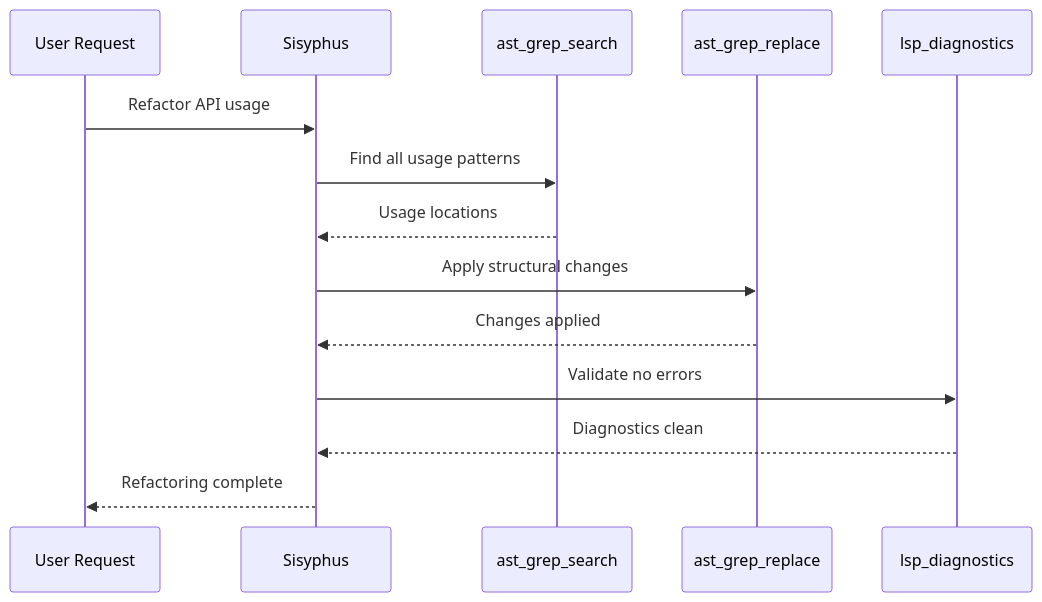
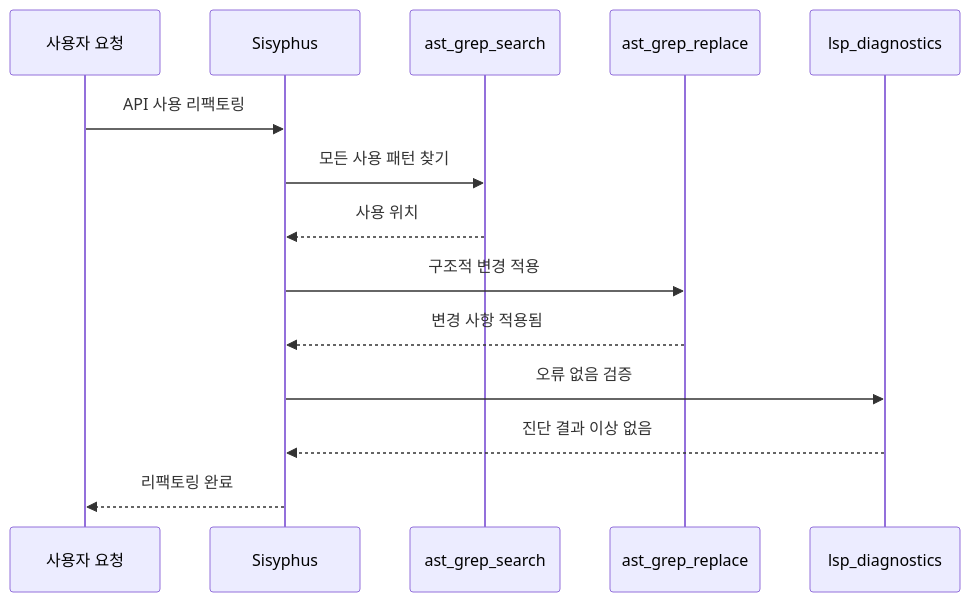
The sixth of 6 diagrams in docs/tools/ast-grep-tools.md (felipetruman/oh-my-opencode-docs), drawn with Mermaid before and after one commit. The commit also changed other lines of this file and 76 other files, not shown here.

````diff
--- a/docs/tools/ast-grep-tools.md
+++ b/docs/tools/ast-grep-tools.md
@@ -416,17 +416,17 @@
 ```mermaid
 sequenceDiagram
-  participant p1 as User Request
+  participant p1 as 사용자 요청
   participant p2 as Sisyphus
   participant p3 as ast_grep_search
   participant p4 as ast_grep_replace
   participant p5 as lsp_diagnostics
 
-  p1->>p2: Refactor API usage
-  p2->>p3: Find all usage patterns
-  p3-->>p2: Usage locations
-  p2->>p4: Apply structural changes
-  p4-->>p2: Changes applied
-  p2->>p5: Validate no errors
-  p5-->>p2: Diagnostics clean
-  p2-->>p1: Refactoring complete
+  p1->>p2: API 사용 리팩토링
+  p2->>p3: 모든 사용 패턴 찾기
+  p3-->>p2: 사용 위치
+  p2->>p4: 구조적 변경 적용
+  p4-->>p2: 변경 사항 적용됨
+  p2->>p5: 오류 없음 검증
+  p5-->>p2: 진단 결과 이상 없음
+  p2-->>p1: 리팩토링 완료
 ```
````
